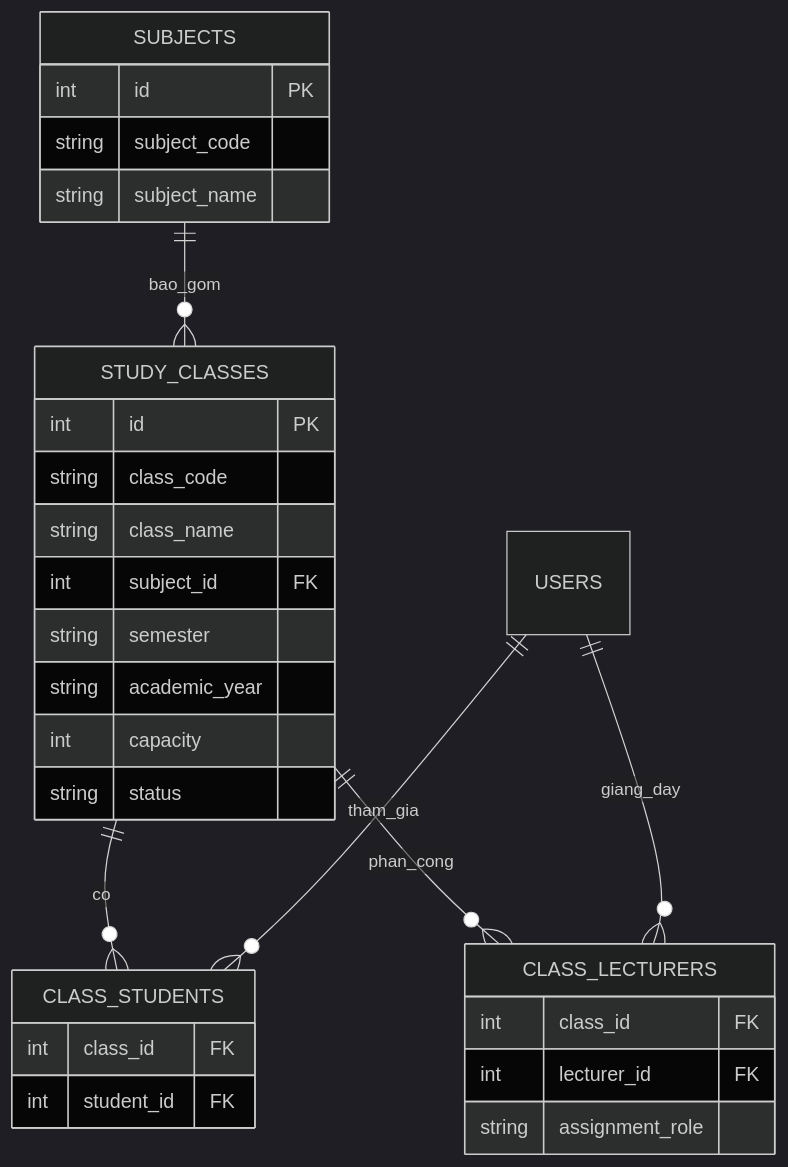
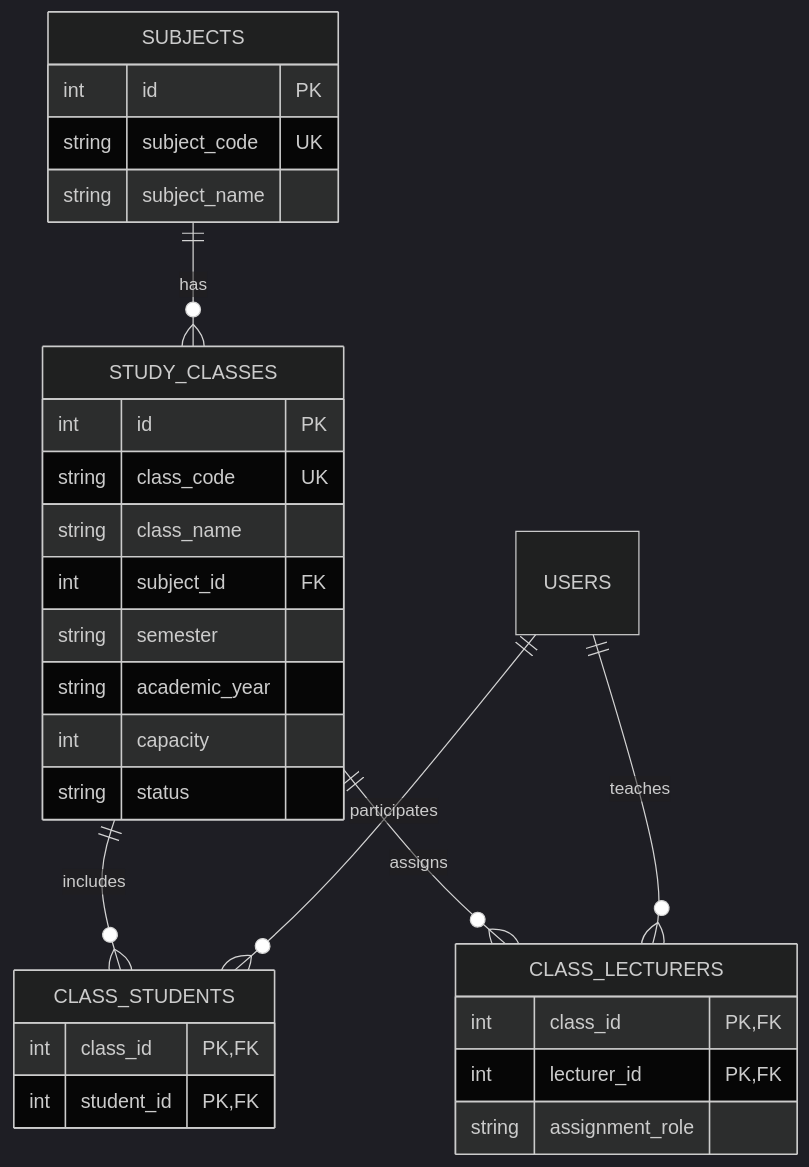
One commit to nguyenminhthien140906-dot/CNPM changed the second of 2 diagrams in docs/FE03-class-management.md. Above: the diagram before and after it, drawn with Mermaid (dark theme). The commit also changed other lines of this file, not shown here.

````diff
--- a/docs/FE03-class-management.md
+++ b/docs/FE03-class-management.md
@@ -231,36 +232,36 @@
 ```mermaid
 erDiagram
-    SUBJECTS ||--o{ STUDY_CLASSES : bao_gom
-    STUDY_CLASSES ||--o{ CLASS_STUDENTS : co
-    USERS ||--o{ CLASS_STUDENTS : tham_gia
-    STUDY_CLASSES ||--o{ CLASS_LECTURERS : phan_cong
-    USERS ||--o{ CLASS_LECTURERS : giang_day
+    SUBJECTS ||--o{ STUDY_CLASSES : has
+    STUDY_CLASSES ||--o{ CLASS_STUDENTS : includes
+    USERS ||--o{ CLASS_STUDENTS : participates
+    STUDY_CLASSES ||--o{ CLASS_LECTURERS : assigns
+    USERS ||--o{ CLASS_LECTURERS : teaches
 
     SUBJECTS {
         int id PK
-        string subject_code
+        string subject_code UK
         string subject_name
     }
 
     STUDY_CLASSES {
         int id PK
-        string class_code
+        string class_code UK
         string class_name
         int subject_id FK
         string semester
         string academic_year
         int capacity
         string status
     }
 
     CLASS_STUDENTS {
-        int class_id FK
-        int student_id FK
+        int class_id PK, FK
+        int student_id PK, FK
     }
 
     CLASS_LECTURERS {
-        int class_id FK
-        int lecturer_id FK
+        int class_id PK, FK
+        int lecturer_id PK, FK
         string assignment_role
     }
 ```
````
